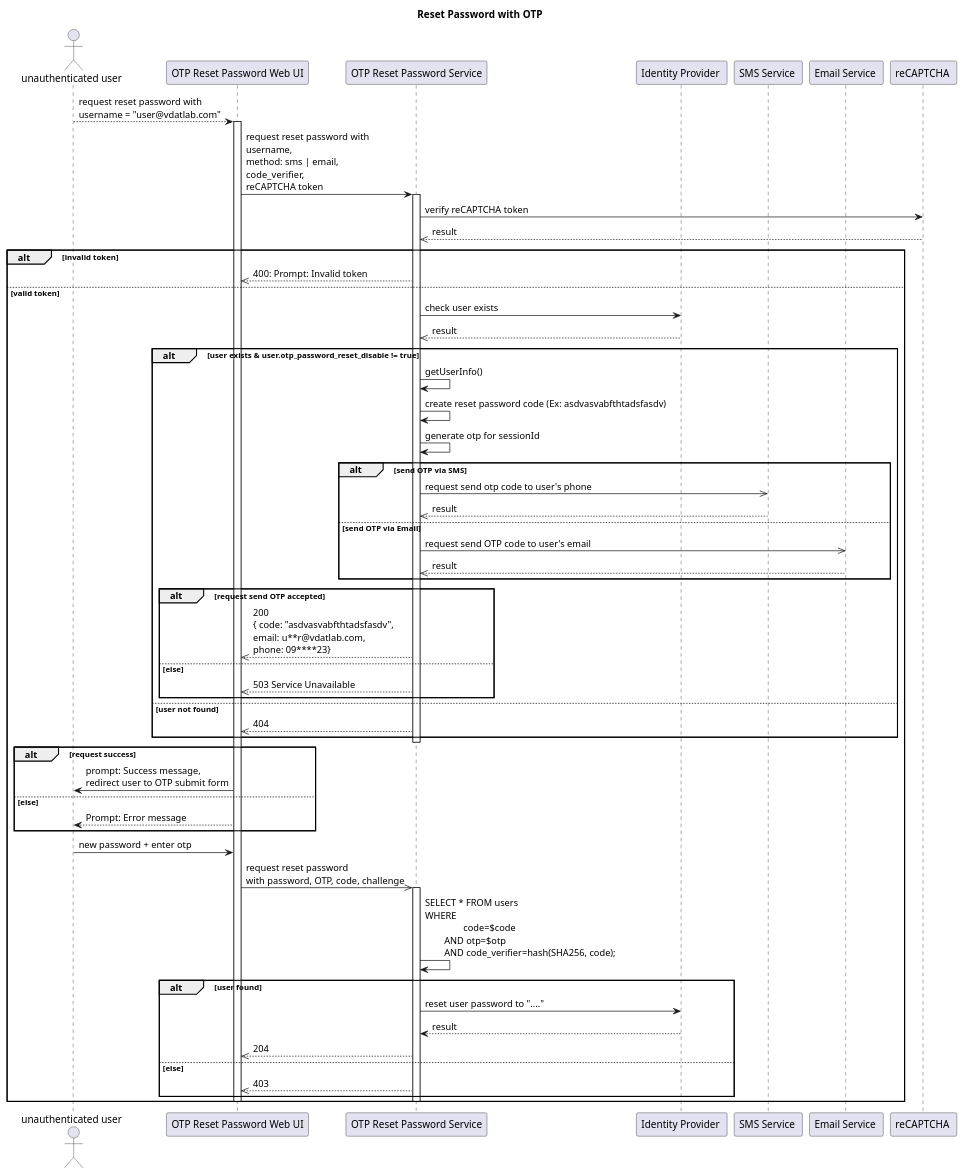
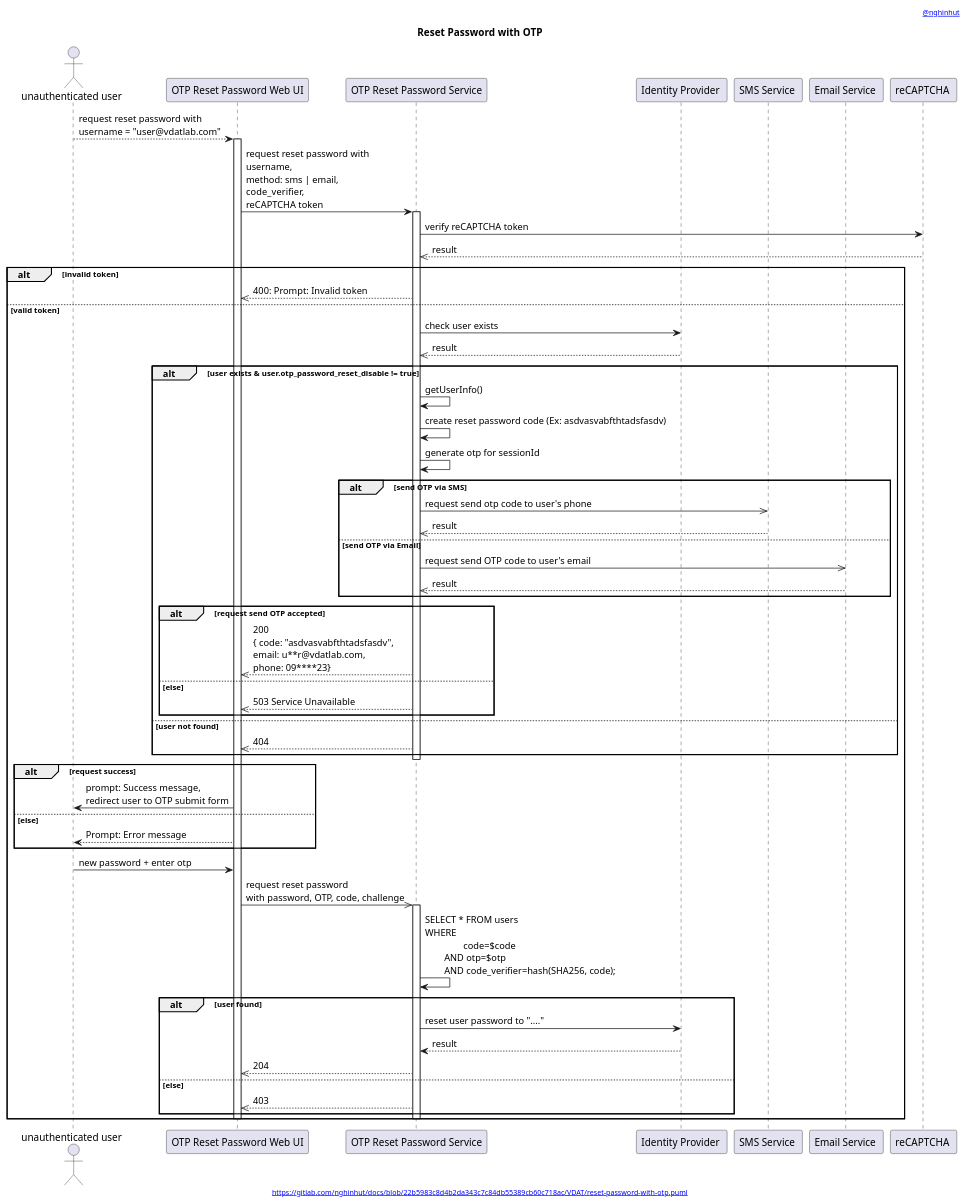
Before and after one commit to nghinhut/docs: the diagram in VDAT/reset-password-with-otp.seq.puml, drawn with PlantUML. The commit also changed 48 other files, not shown here.

```diff
--- a/VDAT/reset-password-with-otp.seq.puml
+++ b/VDAT/reset-password-with-otp.seq.puml
@@ -1,66 +1,71 @@
 @startuml
+'-----START auto generated metadata please keep comment here to allow auto update-----
+'-----DON'T EDIT THIS SECTION, INSTEAD RE-RUN prebuild.sh TO UPDATE-----
+header [[https://www.nghinhut.dev?from=http%5C%3A%5C%2F%5C%2Fwww%5C.plantuml%5C.com%5C%2Fplantuml%5C%2Fproxy%3Ffmt%3Dsvg%5C%26src%3Dhttps%5C%3A%5C%2F%5C%2Fgitlab%5C.com%5C%2Fnghinhut%5C%2Fdocs%5C%2Fraw%5C%2F22b5983c8d4b2da343c7c84db55389cb60c718ac%5C%2FVDAT%5C%2Freset-password-with-otp%5C.puml%0A @nghinhut]]
+footer [[http://www.plantuml.com/plantuml/proxy?fmt=svg&src=https://gitlab.com/nghinhut/docs/raw/22b5983c8d4b2da343c7c84db55389cb60c718ac/VDAT/reset-password-with-otp.puml https://gitlab.com/nghinhut/docs/blob/22b5983c8d4b2da343c7c84db55389cb60c718ac/VDAT/reset-password-with-otp.puml]]
+'-----END auto generated metadata please keep comment here to allow auto update-----
 title Reset Password with OTP
 
 actor "unauthenticated user" as rp
 participant "OTP Reset Password Web UI" as client
 participant "OTP Reset Password Service" as rs
 participant "Identity Provider " as idp
 participant "SMS Service " as sms
 participant "Email Service " as email
 participant "reCAPTCHA " as rc
 
 rp --> client : request reset password with\nusername = "user@vdatlab.com"
 activate client
 client -> rs : request reset password with\nusername,\nmethod: sms | email,\ncode_verifier,\nreCAPTCHA token
 activate rs
 rs -> rc : verify reCAPTCHA token
 rs <<-- rc : result
 alt invalid token
 client <<-- rs : 400: Prompt: Invalid token
 else valid token
 rs -> idp : check user exists
 rs <<-- idp : result
 
 alt user exists & user.otp_password_reset_disable != true
     rs -> rs : getUserInfo()
     rs -> rs : create reset password code (Ex: asdvasvabfthtadsfasdv)
     rs -> rs : generate otp for sessionId
     alt send OTP via SMS
         rs ->> sms : request send otp code to user's phone
         rs <<-- sms : result
     else send OTP via Email
         rs ->> email : request send OTP code to user's email
         rs <<-- email : result
     end
     alt request send OTP accepted
         client <<-- rs : 200\n{ code: "asdvasvabfthtadsfasdv",\nemail: u**r@vdatlab.com,\nphone: 09****23}
     else else
         client <<-- rs : 503 Service Unavailable
     end
 else user not found
     client <<-- rs : 404
 end
 deactivate rs
 
 alt request success
     rp <- client : prompt: Success message,\nredirect user to OTP submit form
 else else
     rp <-- client : Prompt: Error message
 end
 
 rp -> client : new password + enter otp
 client ->> rs : request reset password\nwith password, OTP, code, challenge
 activate rs
     rs -> rs : SELECT * FROM users\nWHERE\n\t\tcode=$code\n\tAND otp=$otp\n\tAND code_verifier=hash(SHA256, code);
     alt user found
         rs -> idp : reset user password to "...."
         rs <-- idp : result
         client <<-- rs : 204
     else else
         client <<-- rs : 403
     end
 deactivate rs
 
 deactivate client
 end
 @enduml
```
